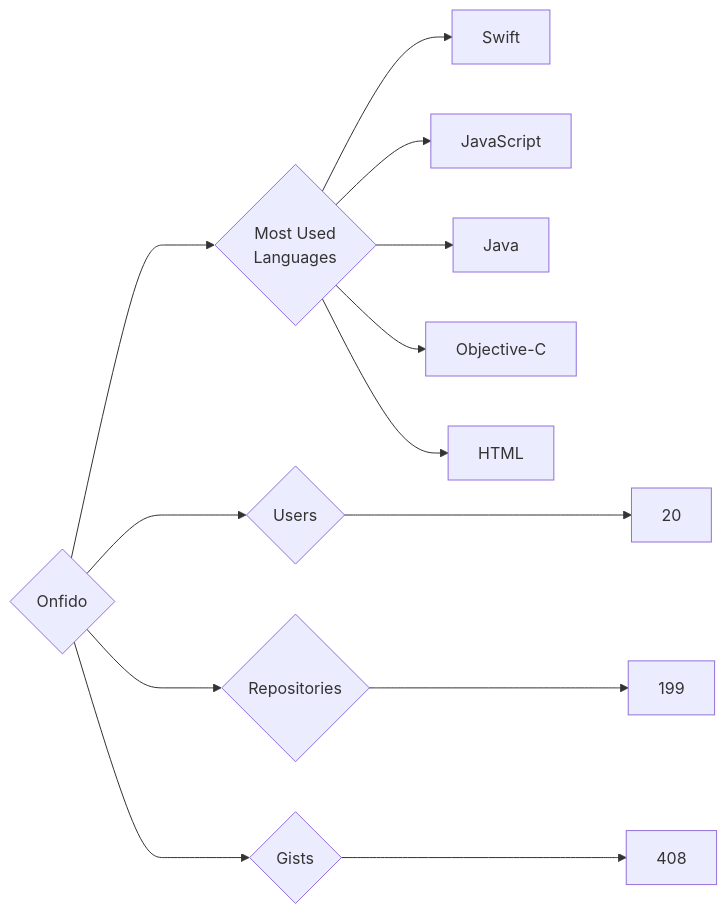
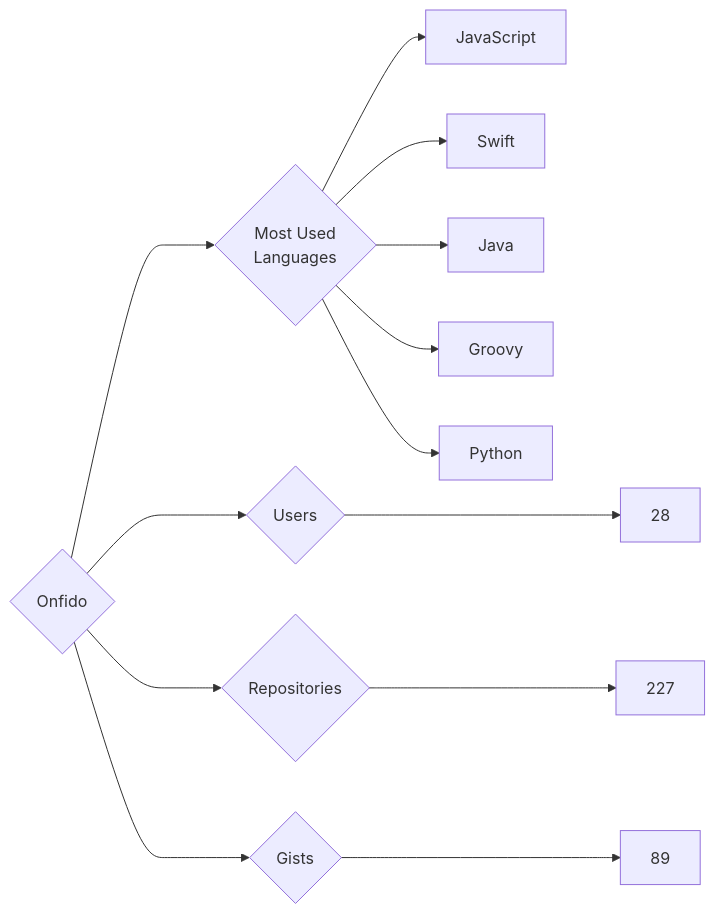
The diagram in targets/Onfido/README.md (trickest/insiders), drawn with Mermaid before and after one commit. The commit also changed 912 other files, not shown here.

````diff
--- a/targets/Onfido/README.md
+++ b/targets/Onfido/README.md
@@ -3,13 +3,13 @@
 ```mermaid
 graph LR
 COMPANY_NAME{Onfido}
-COMPANY_NAME ---> U{Users} ---> UN[20]
-COMPANY_NAME ---> R{Repositories} ---> RN[199]
-COMPANY_NAME ---> G{Gists} ---> GN[408]
+COMPANY_NAME ---> U{Users} ---> UN[28]
+COMPANY_NAME ---> R{Repositories} ---> RN[227]
+COMPANY_NAME ---> G{Gists} ---> GN[89]
 COMPANY_NAME ---> ML{Most Used<br>Languages}
+ML --> JavaScript[JavaScript]
 ML --> Swift[Swift]
-ML --> JavaScript[JavaScript]
 ML --> Java[Java]
-ML --> Objective-C[Objective-C]
-ML --> HTML[HTML]
+ML --> Groovy[Groovy]
+ML --> Python[Python]
 ```
````
